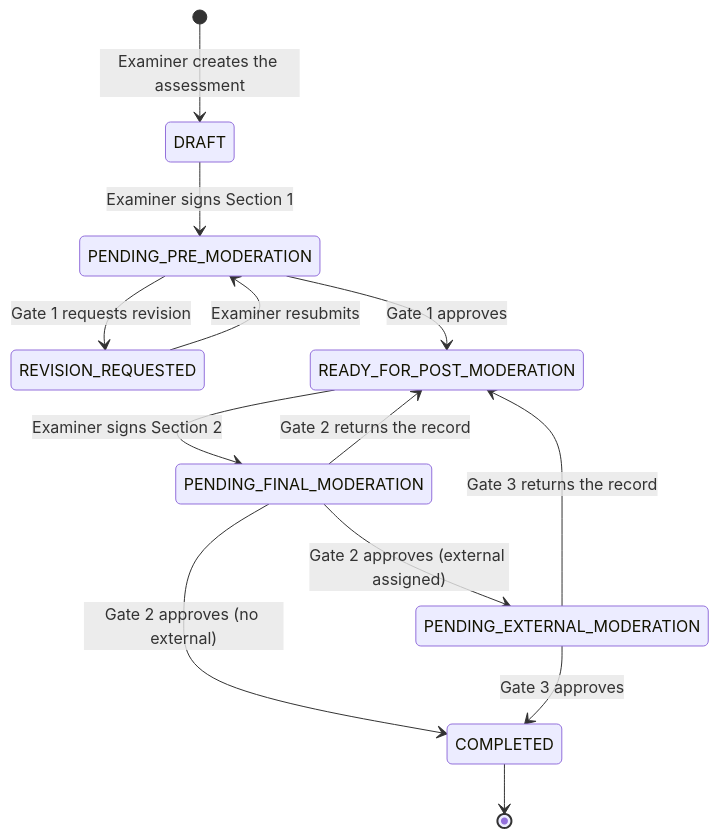
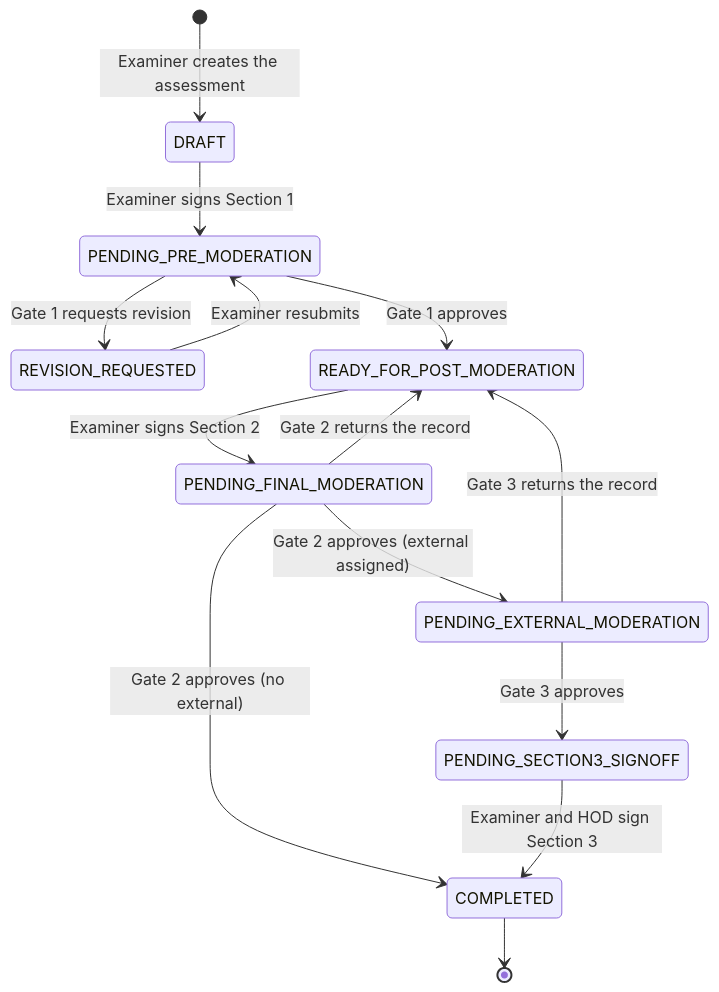
The first of 2 diagrams in docs/workflow.md (meyerjo2024/ModerationDEMS), drawn with Mermaid before and after one commit.

Commit message:
workflow diagram: Section 3 sign-off
Claude-Session: https://claude.ai/code/session_01KMAi7XbmWaGJHSxj4HaG4y

````diff
--- a/docs/workflow.md
+++ b/docs/workflow.md
@@ -22,15 +22,16 @@
 ```mermaid
 stateDiagram-v2
     [*] --> DRAFT: Examiner creates the assessment
     DRAFT --> PENDING_PRE_MODERATION: Examiner signs Section 1
     REVISION_REQUESTED --> PENDING_PRE_MODERATION: Examiner resubmits
     PENDING_PRE_MODERATION --> REVISION_REQUESTED: Gate 1 requests revision
     PENDING_PRE_MODERATION --> READY_FOR_POST_MODERATION: Gate 1 approves
     READY_FOR_POST_MODERATION --> PENDING_FINAL_MODERATION: Examiner signs Section 2
     PENDING_FINAL_MODERATION --> READY_FOR_POST_MODERATION: Gate 2 returns the record
     PENDING_FINAL_MODERATION --> PENDING_EXTERNAL_MODERATION: Gate 2 approves (external assigned)
     PENDING_FINAL_MODERATION --> COMPLETED: Gate 2 approves (no external)
     PENDING_EXTERNAL_MODERATION --> READY_FOR_POST_MODERATION: Gate 3 returns the record
-    PENDING_EXTERNAL_MODERATION --> COMPLETED: Gate 3 approves
+    PENDING_EXTERNAL_MODERATION --> PENDING_SECTION3_SIGNOFF: Gate 3 approves
+    PENDING_SECTION3_SIGNOFF --> COMPLETED: Examiner and HOD sign Section 3
     COMPLETED --> [*]
 ```
````
